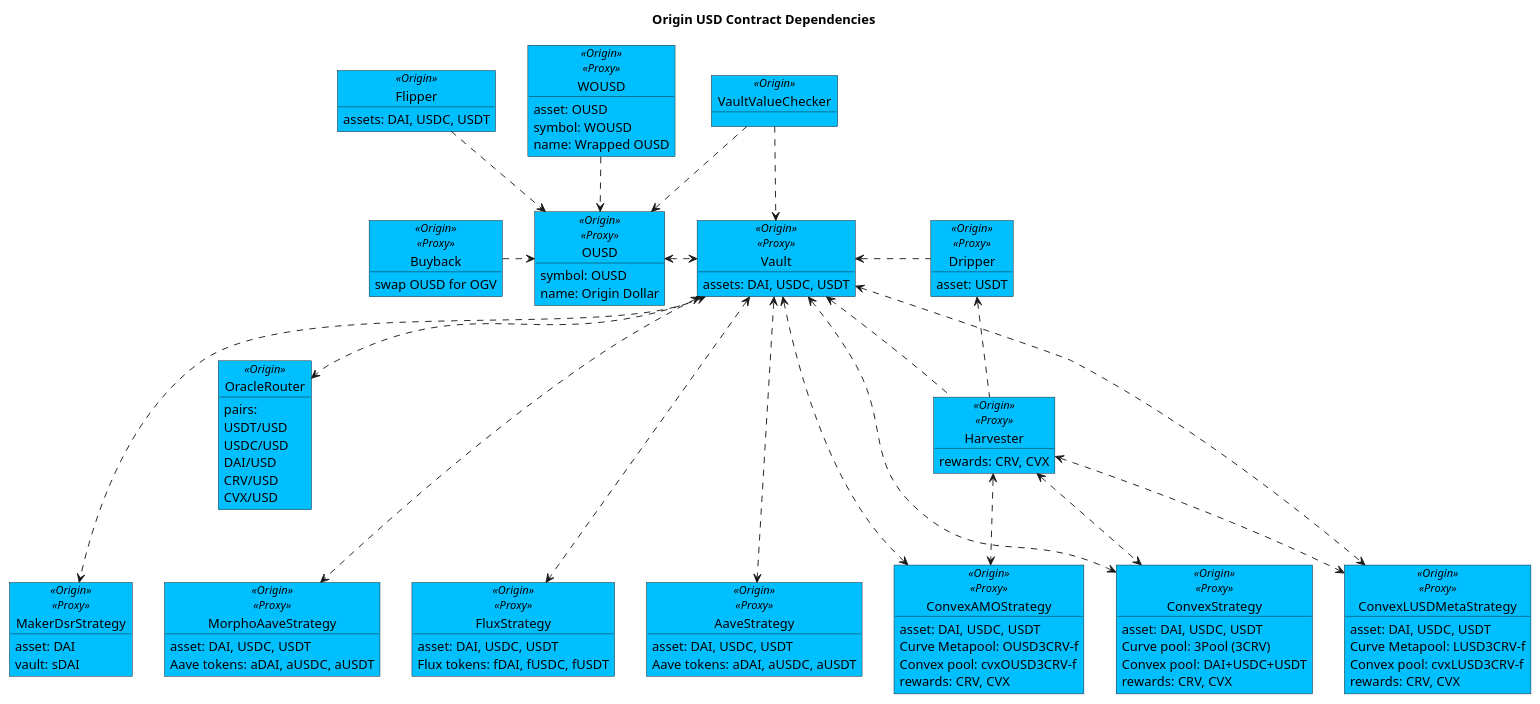
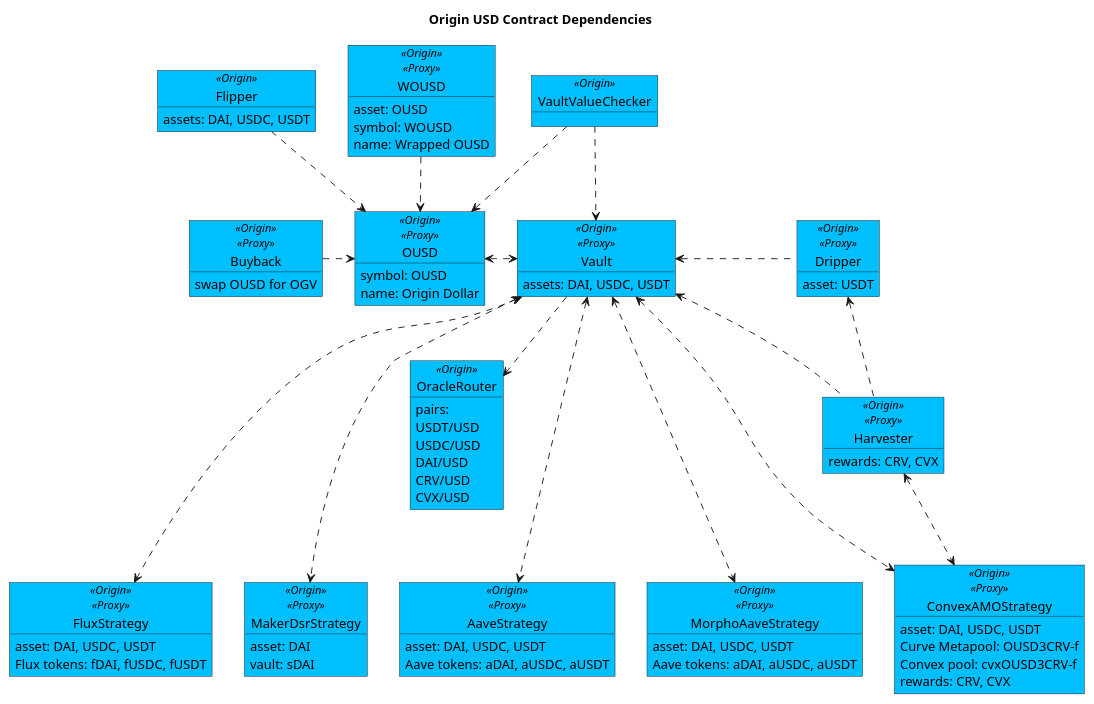
One commit to OriginProtocol/origin-dollar changed the diagram in contracts/docs/plantuml/ousdContracts.puml. Above: the diagram before and after it, drawn with PlantUML. The commit also changed 1 other file, not shown here.

Commit message:
Updated OUSD contract dependency diagram

```diff
--- a/contracts/docs/plantuml/ousdContracts.puml
+++ b/contracts/docs/plantuml/ousdContracts.puml
@@ -1,131 +1,131 @@
 @startuml
 
 title "Origin USD Contract Dependencies"
 
 object "Dripper" as drip <<Origin>><<Proxy>> #DeepSkyBlue {
     asset: USDT
 }
 
 object "VaultValueChecker" as checker <<Origin>> #DeepSkyBlue {
 }
 
 object "WOUSD" as wousd <<Origin>><<Proxy>> #DeepSkyBlue {
     asset: OUSD
     symbol: WOUSD
     name: Wrapped OUSD
 }
 
 object "Flipper" as flipper <<Origin>> #DeepSkyBlue {
     assets: DAI, USDC, USDT
 }
 
 object "OUSD" as ousd <<Origin>><<Proxy>> #DeepSkyBlue {
     symbol: OUSD
     name: Origin Dollar
 }
 
 object "Vault" as vault <<Origin>><<Proxy>> #DeepSkyBlue {
     assets: DAI, USDC, USDT  
 }
 
 object "Harvester" as harv <<Origin>><<Proxy>> #DeepSkyBlue {
     rewards: CRV, CVX
 }
 
 object "Buyback" as buy <<Origin>><<Proxy>> #DeepSkyBlue {
 swap OUSD for OGV
 }
 
 ' Strategies
 object "AaveStrategy" as aaveStrat <<Origin>><<Proxy>> #DeepSkyBlue {
     asset: DAI, USDC, USDT
     Aave tokens: aDAI, aUSDC, aUSDT
     ' rewards: AAVE
 }
 ' object "CompoundStrategy" as compStrat <<Origin>><<Proxy>> #DeepSkyBlue {
 '     asset: DAI, USDC, USDT
 '     compound tokens: cDAI, cUSDC, cUSDT
     ' rewards: COMP
 ' }
-object "ConvexStrategy" as cvxStrat <<Origin>><<Proxy>> #DeepSkyBlue {
-    asset: DAI, USDC, USDT
-    Curve pool: 3Pool (3CRV)
-    Convex pool: DAI+USDC+USDT
-    rewards: CRV, CVX
-}
+' object "ConvexStrategy" as cvxStrat <<Origin>><<Proxy>> #DeepSkyBlue {
+'     asset: DAI, USDC, USDT
+'     Curve pool: 3Pool (3CRV)
+'     Convex pool: DAI+USDC+USDT
+'     rewards: CRV, CVX
+' }
 object "ConvexAMOStrategy" as amoStrat <<Origin>><<Proxy>> #DeepSkyBlue {
     asset: DAI, USDC, USDT
     Curve Metapool: OUSD3CRV-f
     Convex pool: cvxOUSD3CRV-f
     rewards: CRV, CVX
 }
-object "ConvexLUSDMetaStrategy" as cxvLusdStrat <<Origin>><<Proxy>> #DeepSkyBlue {
-    asset: DAI, USDC, USDT
-    Curve Metapool: LUSD3CRV-f
-    Convex pool: cvxLUSD3CRV-f
-    rewards: CRV, CVX
-}
+' object "ConvexLUSDMetaStrategy" as cxvLusdStrat <<Origin>><<Proxy>> #DeepSkyBlue {
+'     asset: DAI, USDC, USDT
+'     Curve Metapool: LUSD3CRV-f
+'     Convex pool: cvxLUSD3CRV-f
+'     rewards: CRV, CVX
+' }
 ' object "MorphoCompoundStrategy" as morphCompStrat <<Origin>><<Proxy>> #DeepSkyBlue {
 '     asset: DAI, USDC, USDT
 '     Compound tokens: cDAI, cUSDC, cUSDT
     ' rewards: COMP
 ' }
 object "MorphoAaveStrategy" as morphAaveStrat <<Origin>><<Proxy>> #DeepSkyBlue {
     asset: DAI, USDC, USDT
     Aave tokens: aDAI, aUSDC, aUSDT
     ' rewards: AAVE
 }
 
 object "FluxStrategy" as fluxStrat <<Origin>><<Proxy>> #DeepSkyBlue {
     asset: DAI, USDC, USDT
     Flux tokens: fDAI, fUSDC, fUSDT
 }
 
 object "MakerDsrStrategy" as dsrStrat <<Origin>><<Proxy>> #DeepSkyBlue {
     asset: DAI
     vault: sDAI
 }
 
 ' Oracle
 object "OracleRouter" as oracle <<Origin>> #DeepSkyBlue {
 pairs:
     USDT/USD
     USDC/USD
     DAI/USD
     CRV/USD
     CVX/USD 
 }
 
 vault <. drip
 
 checker ..> ousd
 checker ..> vault
 
 flipper ..> ousd
 
 vault <.. harv 
 
 wousd ..> ousd
 ousd <.> vault
 vault ..> oracle
 
 buy .> ousd
 
 ' Strategies
 vault <...> aaveStrat
 ' vault <...> compStrat
-vault <...> cvxStrat
+' vault <...> cvxStrat
 vault <...> amoStrat
-vault <...> cxvLusdStrat
+' vault <...> cxvLusdStrat
 ' vault <...> morphCompStrat
 vault <...> morphAaveStrat
 vault <...> fluxStrat
 vault <...> dsrStrat
 
 drip <.. harv
-harv <..> cvxStrat
+' harv <..> cvxStrat
 harv <..> amoStrat
-harv <..> cxvLusdStrat
+' harv <..> cxvLusdStrat
 
 
 @enduml
```
